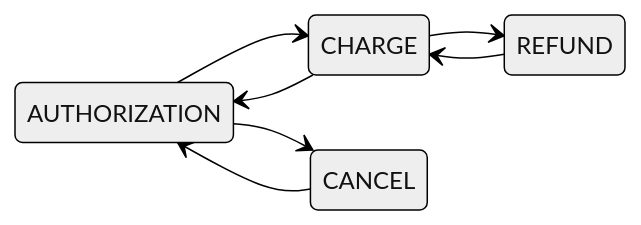
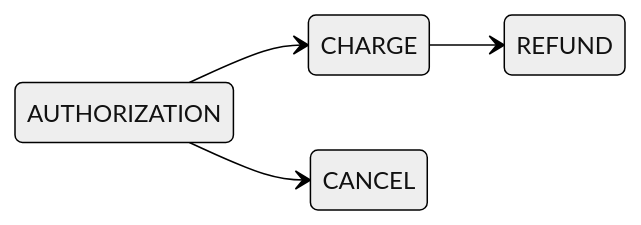
One commit to saleor/saleor-docs changed the fourth of 5 diagrams in docs/developer/payments/lifecycle.mdx. Above: the diagram before and after it, drawn with Mermaid (neutral theme). The commit also changed other lines of this file, not shown here.

Commit message:
Update Transaction event flow section

````diff
--- a/docs/developer/payments/lifecycle.mdx
+++ b/docs/developer/payments/lifecycle.mdx
@@ -348,16 +349,13 @@
 ```mermaid
 stateDiagram-v2
  direction LR
 
  AUTHORIZATION
  CHARGE
  CANCEL
  REFUND
 
  AUTHORIZATION --> CHARGE
- CHARGE --> AUTHORIZATION
  CHARGE --> REFUND
- REFUND --> CHARGE
  AUTHORIZATION --> CANCEL
- CANCEL --> AUTHORIZATION
 ```
````
